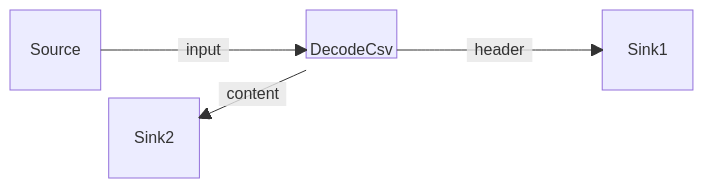
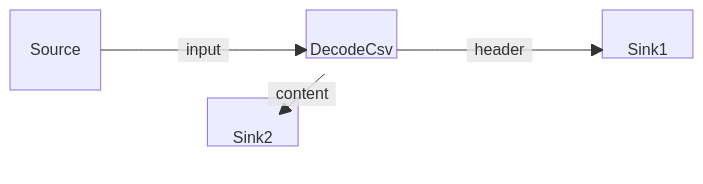
Diagram 22 of 22 in README.md (AsimovPlatform/protoflow), drawn with Mermaid before and after one commit.

Commit message:
update README.md WIP

````diff
--- a/README.md
+++ b/README.md
@@ -606,15 +606,15 @@
 ```mermaid
 block-beta
     columns 7
-    Source space:2 DecodeCsv space:2 Sink1 space:1 Sink2
+    Source space:2 DecodeCsv space:2 Sink1 space:2 Sink2
     Source-- "input" -->DecodeCsv
     DecodeCsv-- "header" -->Sink1
     DecodeCsv-- "content" -->Sink2
 
     classDef block height:48px,padding:8px;
     classDef hidden visibility:none;
     class DecodeCsv block
     class Source hidden
-    class Sink1 hidden
-    class Sink2 hidden
+    class Sink1 block
+    class Sink2 block
 ```
````
